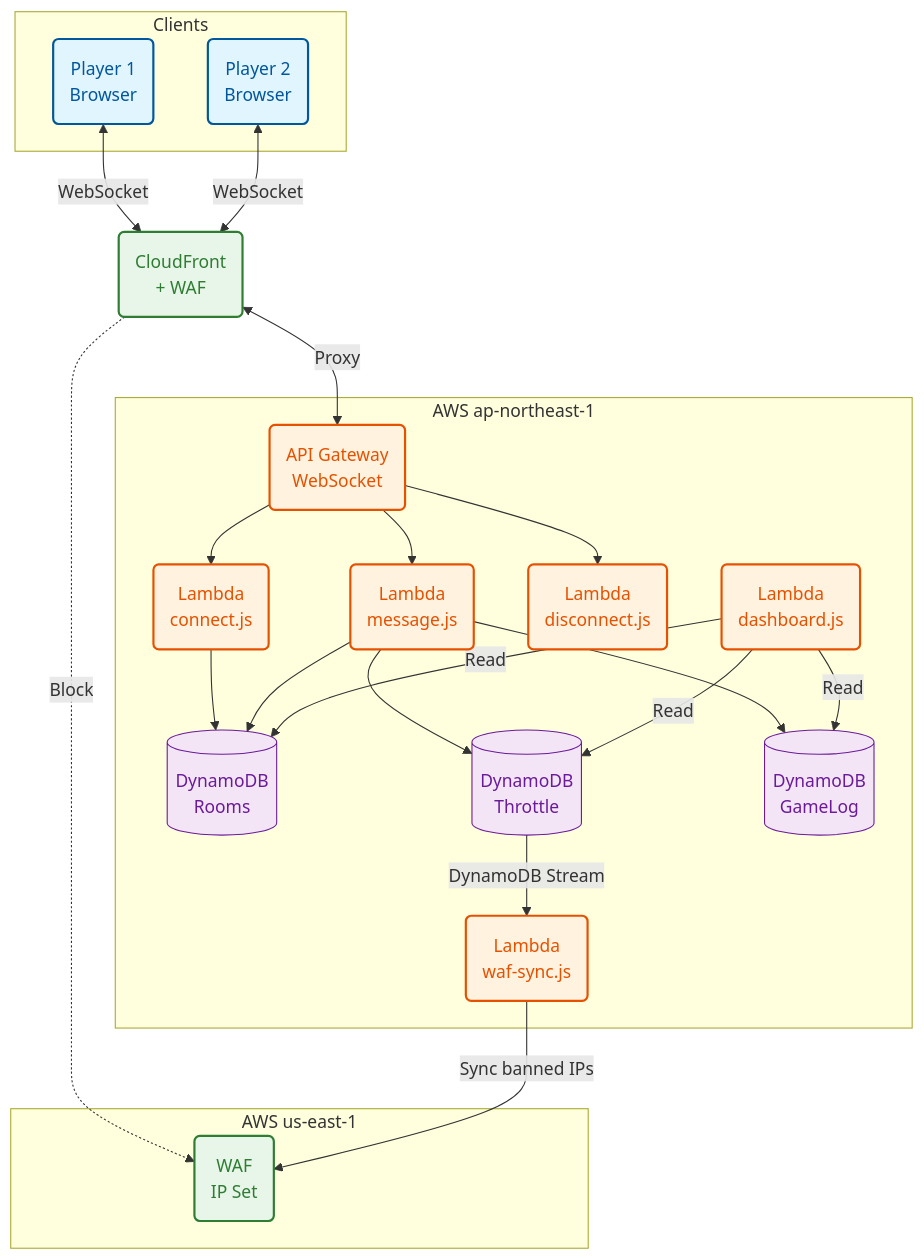
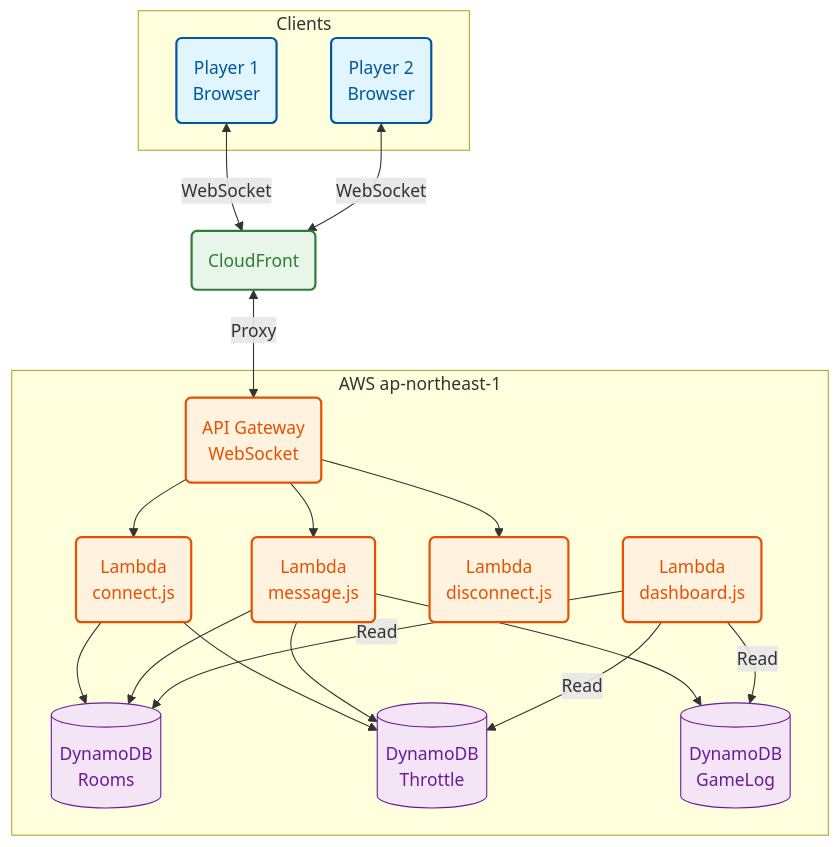
One commit to oneliner22/penguin-battle changed the diagram in README.md. Above: the diagram before and after it, drawn with Mermaid. The commit also changed other lines of this file and 4 other files, not shown here.

````diff
--- a/README.md
+++ b/README.md
@@ -50,40 +50,33 @@
 ```mermaid
 flowchart TD
     classDef client fill:#e1f5fe,stroke:#01579b,stroke-width:2px,color:#01579b
     classDef server fill:#fff3e0,stroke:#e65100,stroke-width:2px,color:#e65100
     classDef edge fill:#e8f5e9,stroke:#2e7d32,stroke-width:2px,color:#2e7d32
     classDef db fill:#f3e5f5,stroke:#6a1b9a,stroke-width:1px,color:#6a1b9a
 
     subgraph Clients["Clients"]
         C1("Player 1<br/>Browser"):::client
         C2("Player 2<br/>Browser"):::client
     end
 
-    CF("CloudFront<br/>+ WAF"):::edge
+    CF("CloudFront"):::edge
 
     subgraph AWS["AWS ap-northeast-1"]
         APIGW("API Gateway<br/>WebSocket"):::server
         Connect("Lambda<br/>connect.js"):::server
         Message("Lambda<br/>message.js"):::server
         Disconnect("Lambda<br/>disconnect.js"):::server
         Dashboard("Lambda<br/>dashboard.js"):::server
-        WafSync("Lambda<br/>waf-sync.js"):::server
         Rooms[("DynamoDB<br/>Rooms")]:::db
         Throttle[("DynamoDB<br/>Throttle")]:::db
         GameLog[("DynamoDB<br/>GameLog")]:::db
     end
 
-    subgraph WAF_Region["AWS us-east-1"]
-        WAF("WAF<br/>IP Set"):::edge
-    end
-
     C1 & C2 <-->|WebSocket| CF
     CF <-->|Proxy| APIGW
-    CF -.->|Block| WAF
     APIGW --> Connect & Message & Disconnect
     Connect & Message --> Rooms
+    Connect --> Throttle
     Message --> Throttle & GameLog
-    Throttle -->|DynamoDB Stream| WafSync
-    WafSync -->|Sync banned IPs| WAF
     Dashboard -->|Read| Rooms & Throttle & GameLog
 ```
````
